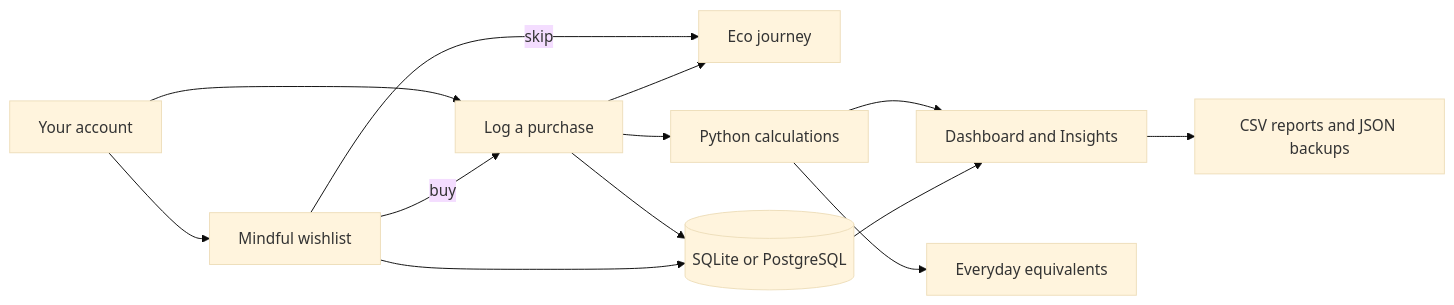
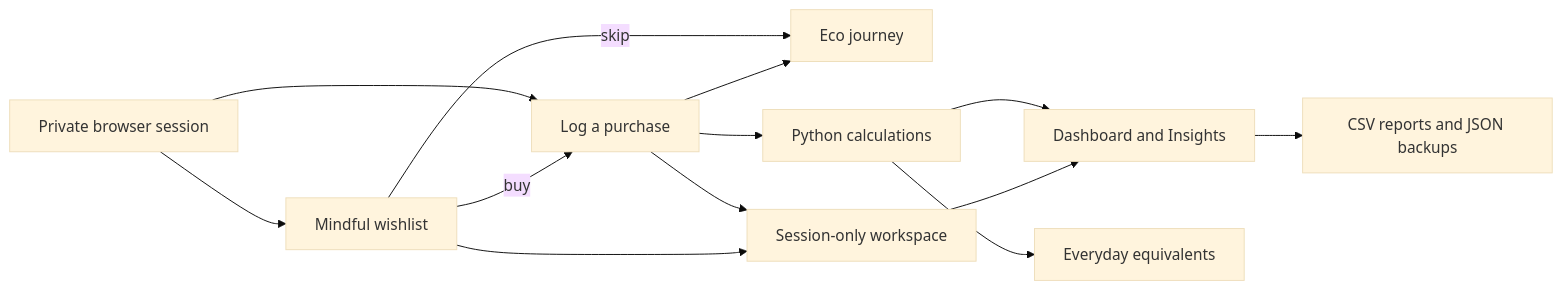
One commit to kavin-beep/IDAI102_1000527_ShopImpactAI_Kavin-K changed the diagram in README.md. Above: the diagram before and after it, drawn with Mermaid (base theme). The commit also changed other lines of this file and 13 other files, not shown here.

````diff
--- a/README.md
+++ b/README.md
@@ -142,15 +135,15 @@
 ```mermaid
 flowchart LR
-    A[Your account] --> B[Log a purchase]
+    A[Private browser session] --> B[Log a purchase]
     A --> W[Mindful wishlist]
     W -- buy --> B
     W -- skip --> J[Eco journey]
     B --> C[Python calculations]
     C --> D[Dashboard and Insights]
     C --> Q[Everyday equivalents]
     B --> J
-    B --> E[(SQLite or PostgreSQL)]
-    W --> E
-    E --> D
+    B --> S[Session-only workspace]
+    W --> S
+    S --> D
     D --> F[CSV reports and JSON backups]
 ```
````
